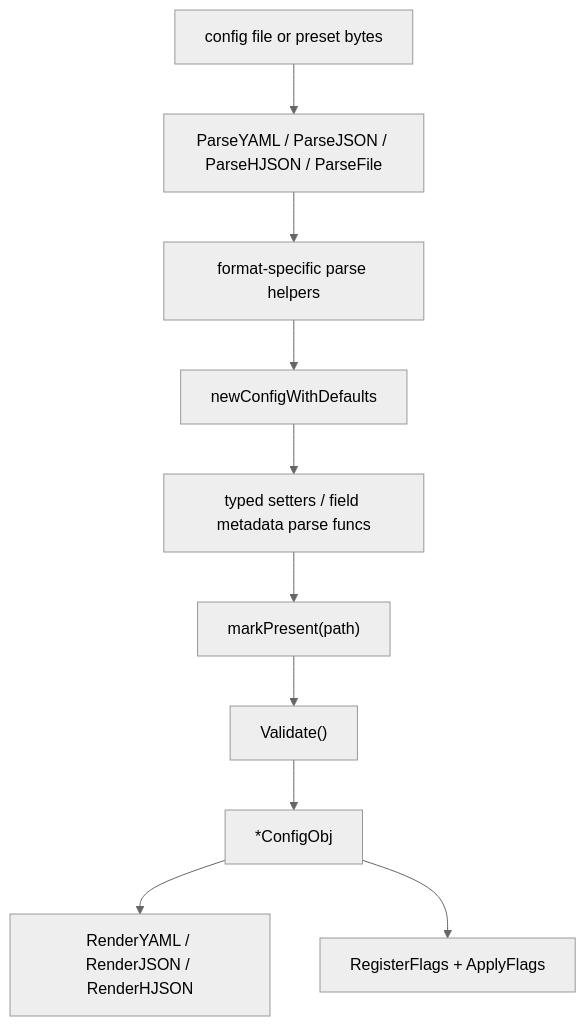
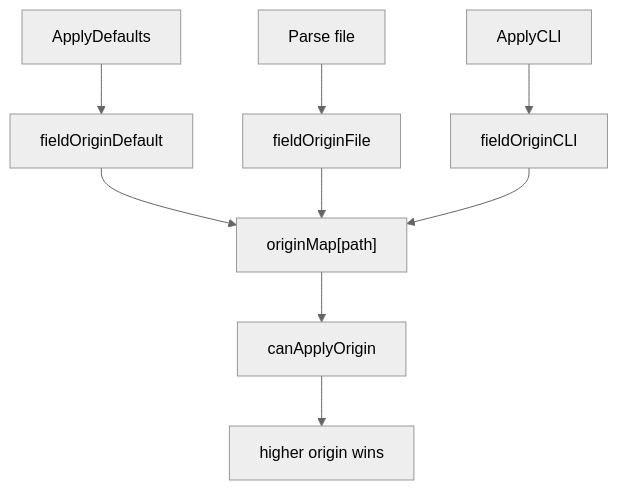
The seventh of 11 diagrams in README.md (amazing-generators/goconfgen), drawn with Mermaid (neutral theme) before and after one commit. The commit also changed other lines of this file and 138 other files, not shown here.

````diff
--- a/README.md
+++ b/README.md
@@ -250,12 +368,11 @@
 ```mermaid
 flowchart TD
-  A["config file or preset bytes"] --> B["ParseYAML / ParseJSON / ParseHJSON / ParseFile"]
-  B --> C["format-specific parse helpers"]
-  C --> D["newConfigWithDefaults"]
-  D --> E["typed setters / field metadata parse funcs"]
-  E --> F["markPresent(path)"]
-  F --> H["Validate()"]
-  H --> G["*ConfigObj"]
-  G --> I["RenderYAML / RenderJSON / RenderHJSON"]
-  G --> J["RegisterFlags + ApplyFlags"]
+    A["ApplyDefaults"] --> B["fieldOriginDefault"]
+    C["Parse file"] --> D["fieldOriginFile"]
+    E["ApplyCLI"] --> F["fieldOriginCLI"]
+    B --> G["originMap[path]"]
+    D --> G
+    F --> G
+    G --> H["canApplyOrigin"]
+    H --> I["higher origin wins"]
 ```
````
